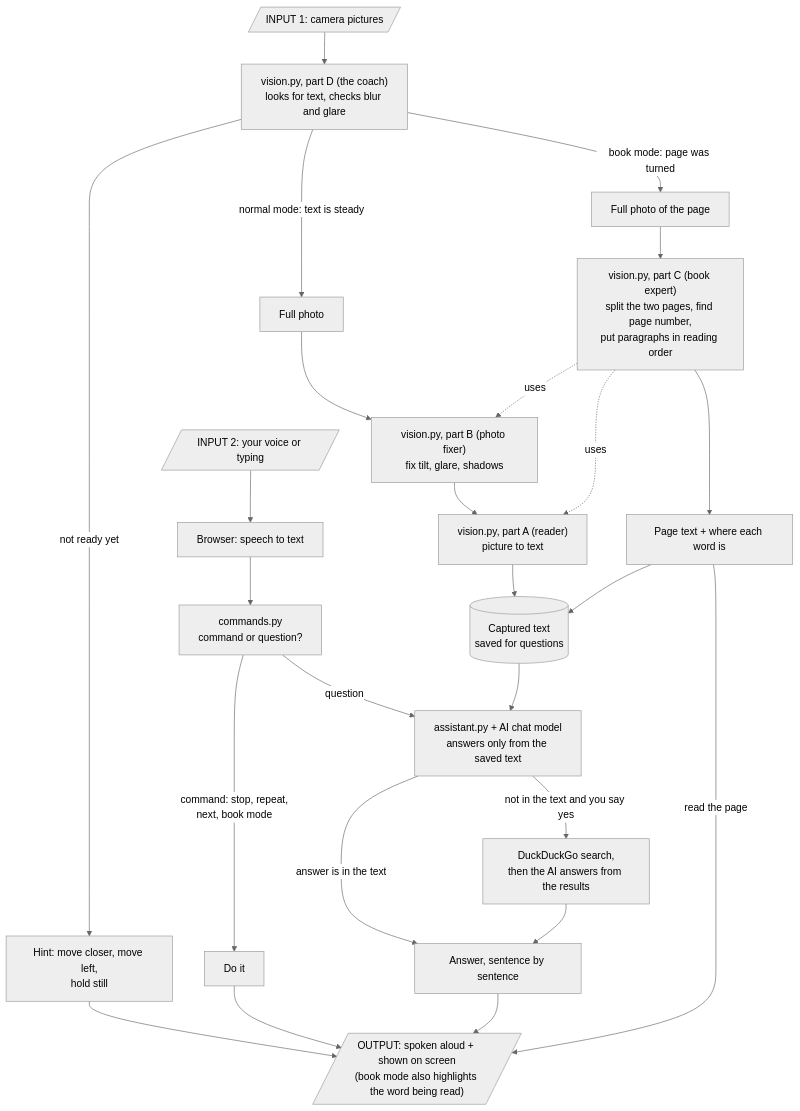
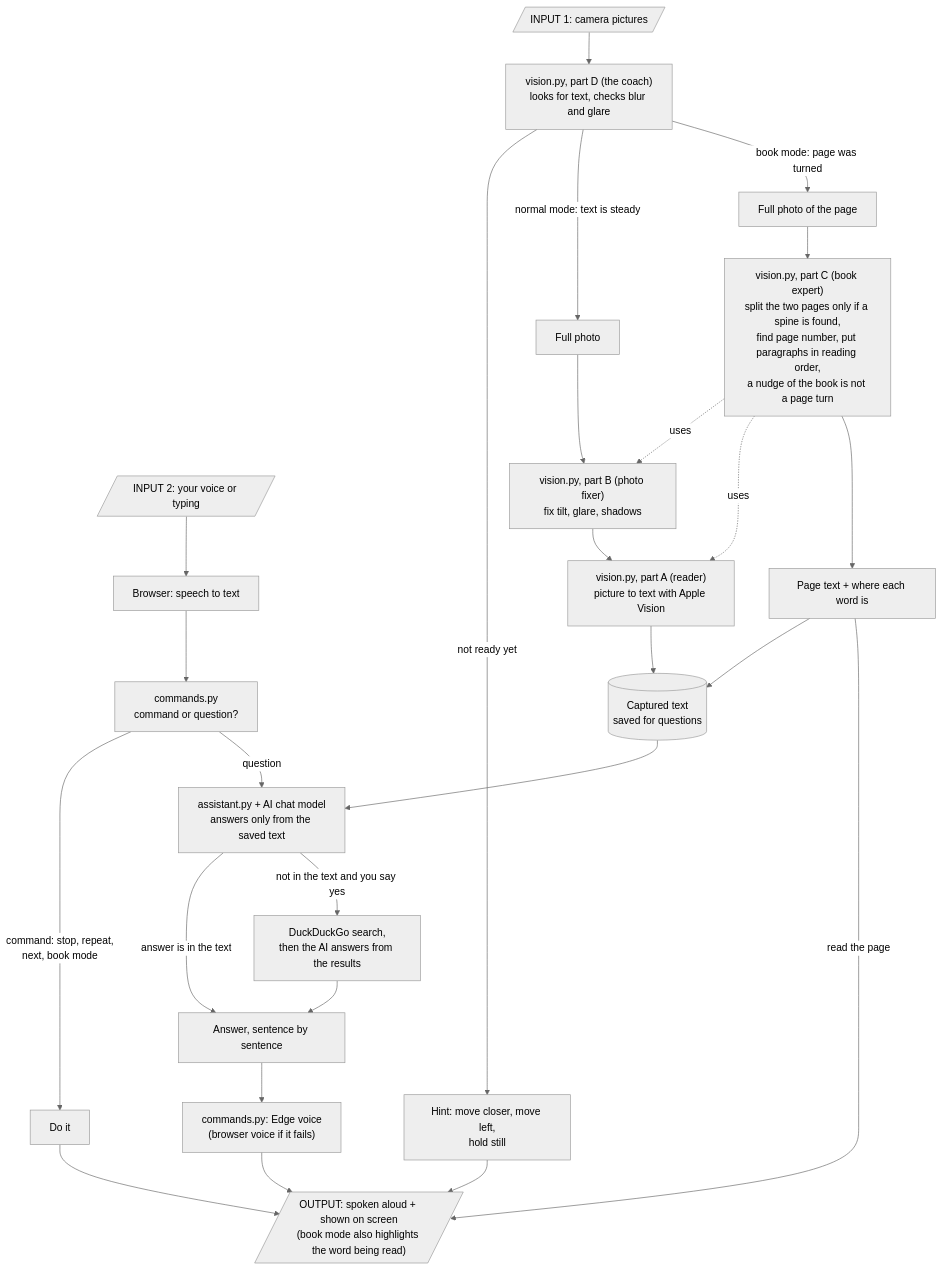
Before and after one commit to neerajprao/Helping_Eyes-main: the diagram in working.md, drawn with Mermaid (neutral theme). The commit also changed other lines of this file and 7 other files, not shown here.

````diff
--- a/working.md
+++ b/working.md
@@ -83,35 +74,36 @@
 ```mermaid
 flowchart TD
     CAM[/"INPUT 1: camera pictures"/]
     VOICE[/"INPUT 2: your voice or typing"/]
 
     CAM --> COACH["vision.py, part D (the coach)<br/>looks for text, checks blur and glare"]
     COACH -->|not ready yet| HINT["Hint: move closer, move left,<br/>hold still"]
     COACH -->|normal mode: text is steady| PHOTO["Full photo"]
     COACH -->|book mode: page was turned| BOOKPHOTO["Full photo of the page"]
 
     PHOTO --> FIX["vision.py, part B (photo fixer)<br/>fix tilt, glare, shadows"]
-    FIX --> READ["vision.py, part A (reader)<br/>picture to text"]
+    FIX --> READ["vision.py, part A (reader)<br/>picture to text with Apple Vision"]
     READ --> SAVED[("Captured text<br/>saved for questions")]
 
-    BOOKPHOTO --> BOOK["vision.py, part C (book expert)<br/>split the two pages, find page number,<br/>put paragraphs in reading order"]
+    BOOKPHOTO --> BOOK["vision.py, part C (book expert)<br/>split the two pages only if a spine is found,<br/>find page number, put paragraphs in reading order,<br/>a nudge of the book is not a page turn"]
     BOOK -.uses.-> FIX
     BOOK -.uses.-> READ
     BOOK --> PAGE["Page text + where each word is"]
     PAGE --> SAVED
 
     VOICE --> STT["Browser: speech to text"]
     STT --> CMD["commands.py<br/>command or question?"]
     CMD -->|command: stop, repeat,<br/>next, book mode| ACT["Do it"]
     CMD -->|question| AI["assistant.py + AI chat model<br/>answers only from the saved text"]
     SAVED --> AI
     AI -->|answer is in the text| ANSWER["Answer, sentence by sentence"]
     AI -->|not in the text and you say yes| WEB["DuckDuckGo search,<br/>then the AI answers from the results"]
     WEB --> ANSWER
 
+    ANSWER --> VOICEOUT["commands.py: Edge voice<br/>(browser voice if it fails)"]
+    VOICEOUT --> OUT
     HINT --> OUT
     ACT --> OUT
-    ANSWER --> OUT
     PAGE -->|read the page| OUT
     OUT[/"OUTPUT: spoken aloud + shown on screen<br/>(book mode also highlights the word being read)"/]
 ```
````
